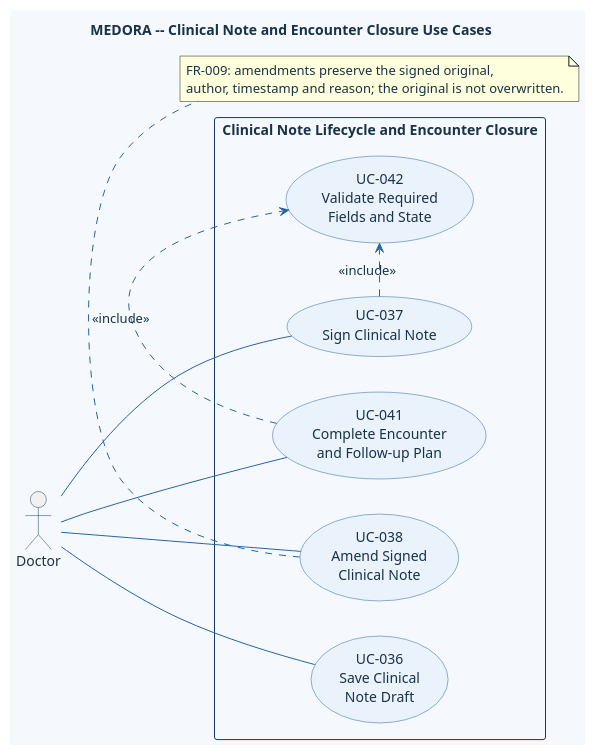
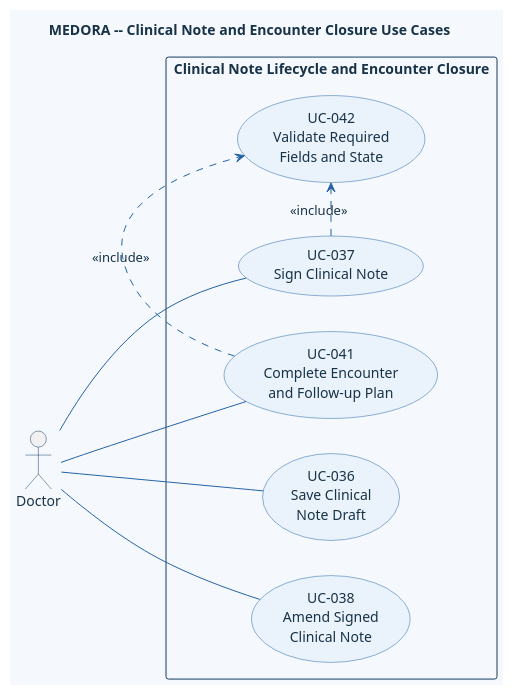
One commit to DucDung-1107/SysDes_2026.1_Group_08 changed the diagram in doc/asset/03-system-requirements/use-case-by-function/medical-examination/uml_code/clinical-note-lifecycle.puml. Above: the diagram before and after it, drawn with PlantUML. The commit also changed 34 other files, not shown here.

```diff
--- a/doc/asset/03-system-requirements/use-case-by-function/medical-examination/uml_code/clinical-note-lifecycle.puml
+++ b/doc/asset/03-system-requirements/use-case-by-function/medical-examination/uml_code/clinical-note-lifecycle.puml
@@ -1,39 +1,35 @@
 @startuml
 title MEDORA -- Clinical Note and Encounter Closure Use Cases
 left to right direction
 skinparam shadowing false
 skinparam defaultFontName Arial
 skinparam defaultFontColor #183247
 skinparam backgroundColor #F5F9FE
 skinparam ArrowColor #2563A6
 skinparam UsecaseBackgroundColor #EAF3FB
 skinparam UsecaseBorderColor #2563A6
 skinparam UsecaseFontColor #183247
 skinparam ActorBorderColor #163A5F
 skinparam ActorFontColor #183247
 skinparam RectangleBackgroundColor #F5F9FE
 skinparam RectangleBorderColor #163A5F
 
 actor Doctor as doctor
 
 rectangle "Clinical Note Lifecycle and Encounter Closure" {
   usecase "UC-036\nSave Clinical\nNote Draft" as draft
   usecase "UC-037\nSign Clinical Note" as sign
   usecase "UC-038\nAmend Signed\nClinical Note" as amend
   usecase "UC-041\nComplete Encounter\nand Follow-up Plan" as close
   usecase "UC-042\nValidate Required\nFields and State" as validate
 }
 
 doctor -- draft
 doctor -- sign
 doctor -- amend
 doctor -- close
 
 sign .> validate : <<include>>
 close .> validate : <<include>>
 
-note bottom of amend
-  FR-009: amendments preserve the signed original,
-  author, timestamp and reason; the original is not overwritten.
-end note
 @enduml
```
